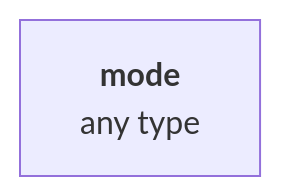
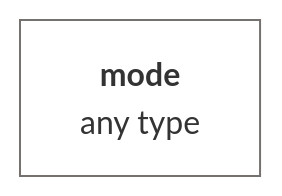
Before and after one commit to muzikp/retusa: the third of 23 diagrams in docs/en-GB/vector.md, drawn with Mermaid. The commit also changed other lines of this file and 17 other files, not shown here.

````diff
--- a/docs/en-GB/vector.md
+++ b/docs/en-GB/vector.md
@@ -83,4 +89,7 @@
 ```mermaid
 graph TD
-A[<b>mode<br></b>any type]
+mode[<b>mode<br></b>any type]
+style mode fill:#FFFFFF;
+style mode stroke:#75716F;
+
 ```
````
